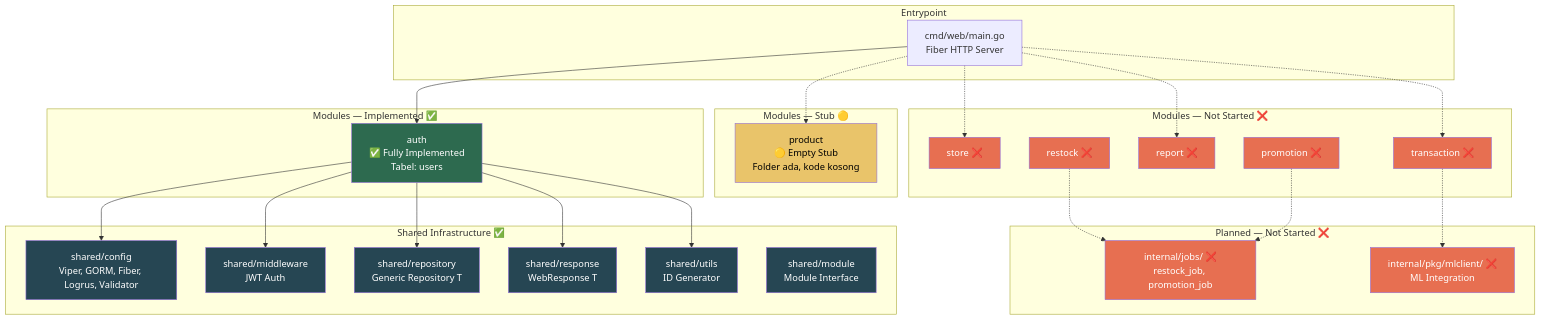
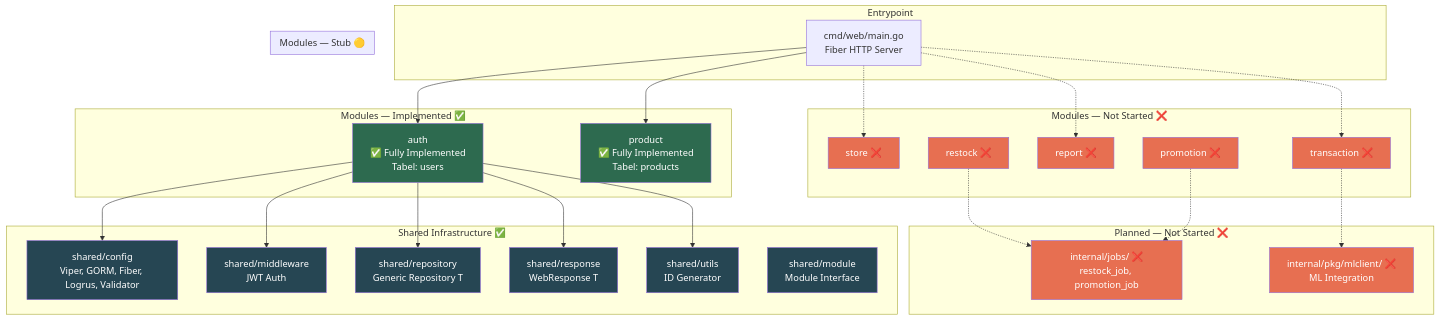
Before and after one commit to PetaFlops-web/backend-shop-smbk: the first of 10 diagrams in docs/SYSTEM_MAP.md, drawn with Mermaid. The commit also changed other lines of this file and 1 other file, not shown here.

````diff
--- a/docs/SYSTEM_MAP.md
+++ b/docs/SYSTEM_MAP.md
@@ -66,68 +66,68 @@
 ```mermaid
 graph TB
     subgraph "Entrypoint"
         MAIN["cmd/web/main.go<br/>Fiber HTTP Server"]
     end
 
     subgraph "Modules — Implemented ✅"
         AUTH["auth<br/>✅ Fully Implemented<br/>Tabel: users"]
+        PRODUCT["product<br/>✅ Fully Implemented<br/>Tabel: products"]
     end
 
     subgraph "Modules — Stub 🟡"
-        PRODUCT["product<br/>🟡 Empty Stub<br/>Folder ada, kode kosong"]
     end
 
     subgraph "Modules — Not Started ❌"
         STORE["store ❌"]
         TRANSACTION["transaction ❌"]
         REPORT["report ❌"]
         RESTOCK["restock ❌"]
         PROMOTION["promotion ❌"]
     end
 
     subgraph "Planned — Not Started ❌"
         JOBS["internal/jobs/ ❌<br/>restock_job, promotion_job"]
         MLCLIENT["internal/pkg/mlclient/ ❌<br/>ML Integration"]
     end
 
     subgraph "Shared Infrastructure ✅"
         CONFIG["shared/config<br/>Viper, GORM, Fiber, Logrus, Validator"]
         MW["shared/middleware<br/>JWT Auth"]
         REPO["shared/repository<br/>Generic Repository T"]
         RESP["shared/response<br/>WebResponse T"]
         UTILS["shared/utils<br/>ID Generator"]
         MOD["shared/module<br/>Module Interface"]
     end
 
     MAIN --> AUTH
-    MAIN -.-> PRODUCT
+    MAIN --> PRODUCT
     MAIN -.-> STORE
     MAIN -.-> TRANSACTION
     MAIN -.-> REPORT
 
     AUTH --> CONFIG
     AUTH --> MW
     AUTH --> REPO
     AUTH --> RESP
     AUTH --> UTILS
 
     TRANSACTION -.-> MLCLIENT
     RESTOCK -.-> JOBS
     PROMOTION -.-> JOBS
 
     style AUTH fill:#2d6a4f,color:#fff
-    style PRODUCT fill:#e9c46a,color:#000
+    style PRODUCT fill:#2d6a4f,color:#fff
     style STORE fill:#e76f51,color:#fff
     style TRANSACTION fill:#e76f51,color:#fff
     style REPORT fill:#e76f51,color:#fff
     style RESTOCK fill:#e76f51,color:#fff
     style PROMOTION fill:#e76f51,color:#fff
     style JOBS fill:#e76f51,color:#fff
     style MLCLIENT fill:#e76f51,color:#fff
     style CONFIG fill:#264653,color:#fff
     style MW fill:#264653,color:#fff
     style REPO fill:#264653,color:#fff
     style RESP fill:#264653,color:#fff
     style UTILS fill:#264653,color:#fff
     style MOD fill:#264653,color:#fff
 ```
````
